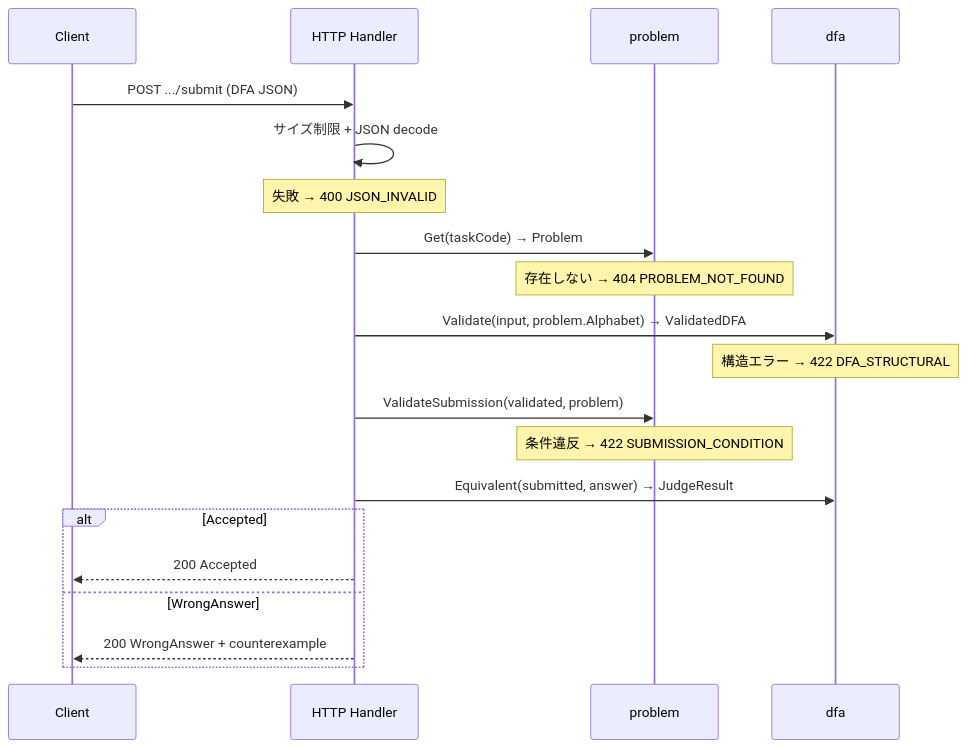
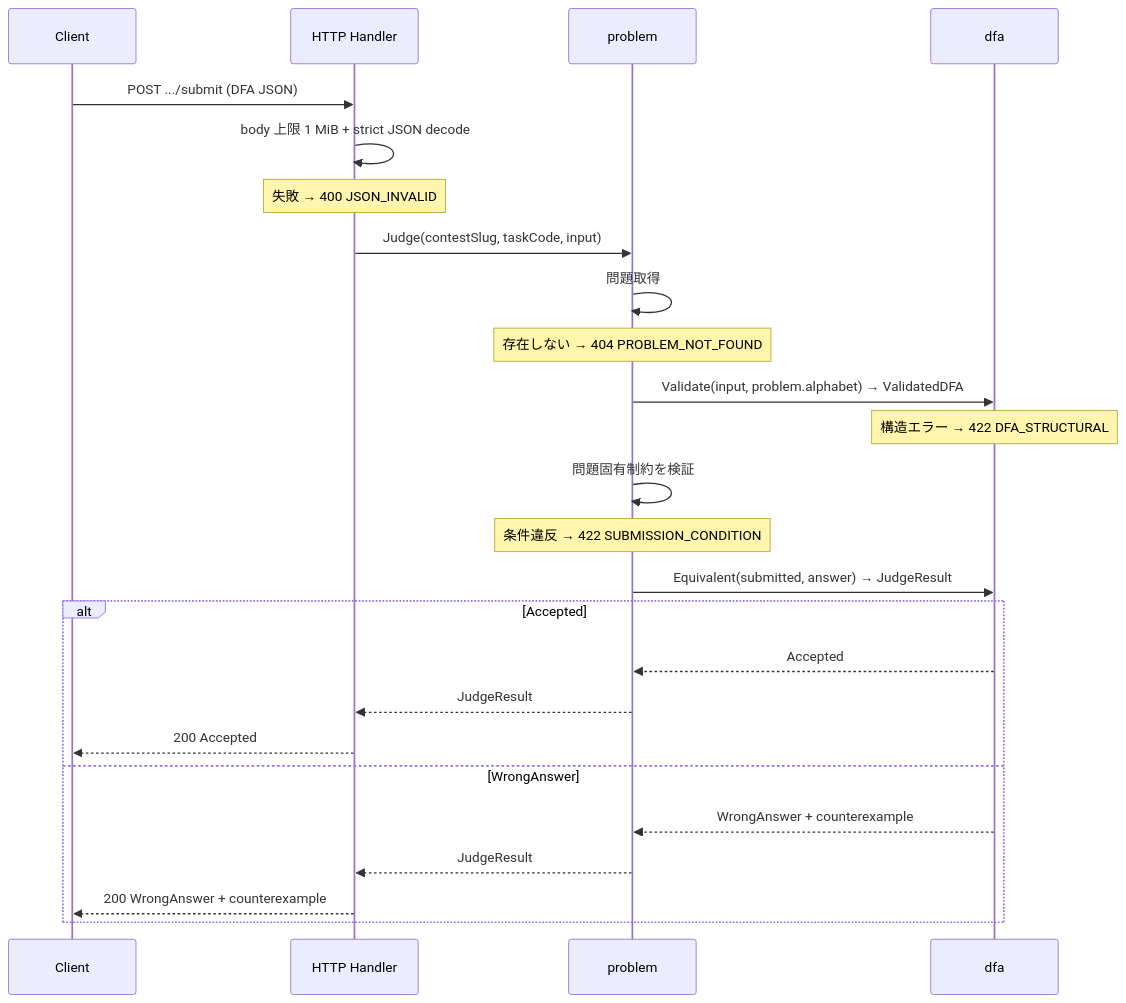
Before and after one commit to automaton-games/fa-design-game: the fourth of 4 diagrams in docs/reference/system-design.md, drawn with Mermaid. The commit also changed other lines of this file and 5 other files, not shown here.

````diff
--- a/docs/reference/system-design.md
+++ b/docs/reference/system-design.md
@@ -256,22 +266,27 @@
 ```mermaid
 sequenceDiagram
     participant C as Client
     participant H as HTTP Handler
     participant P as problem
     participant D as dfa
     C->>H: POST .../submit (DFA JSON)
-    H->>H: サイズ制限 + JSON decode
+    H->>H: body 上限 1 MiB + strict JSON decode
     note over H: 失敗 → 400 JSON_INVALID
-    H->>P: Get(taskCode) → Problem
+    H->>P: Judge(contestSlug, taskCode, input)
+    P->>P: 問題取得
     note over P: 存在しない → 404 PROBLEM_NOT_FOUND
-    H->>D: Validate(input, problem.Alphabet) → ValidatedDFA
+    P->>D: Validate(input, problem.alphabet) → ValidatedDFA
     note over D: 構造エラー → 422 DFA_STRUCTURAL
-    H->>P: ValidateSubmission(validated, problem)
+    P->>P: 問題固有制約を検証
     note over P: 条件違反 → 422 SUBMISSION_CONDITION
-    H->>D: Equivalent(submitted, answer) → JudgeResult
+    P->>D: Equivalent(submitted, answer) → JudgeResult
     alt Accepted
+        D-->>P: Accepted
+        P-->>H: JudgeResult
         H-->>C: 200 Accepted
     else WrongAnswer
+        D-->>P: WrongAnswer + counterexample
+        P-->>H: JudgeResult
         H-->>C: 200 WrongAnswer + counterexample
     end
 ```
````
